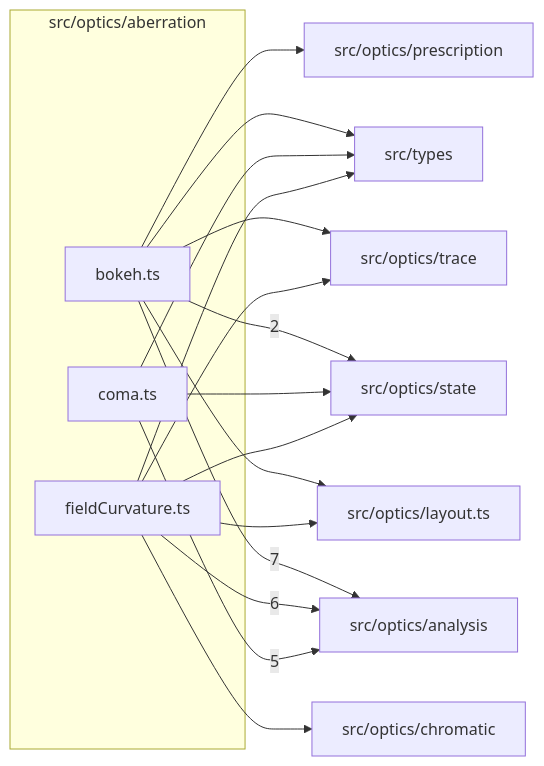
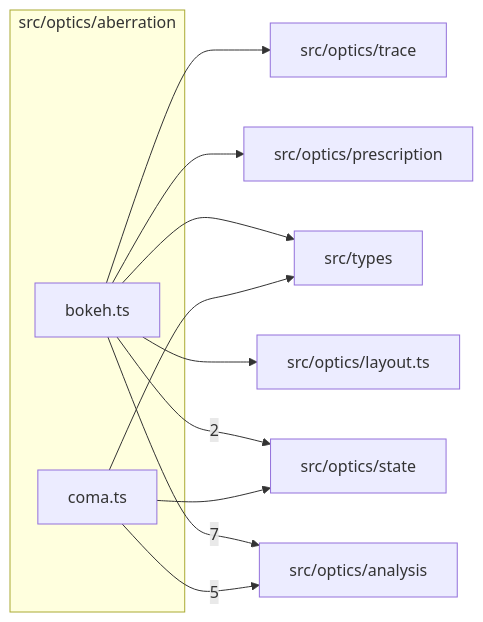
The diagram in src/optics/aberration/readme.md (ronbuening/LensVisualizer), drawn with Mermaid before and after one commit. The commit also changed other lines of this file and 43 other files, not shown here.

Commit message:
S7.P2.T3 Field curvature and astigmatism, including chromatic field curvature, on AnalysisRequest

````diff
--- a/src/optics/aberration/readme.md
+++ b/src/optics/aberration/readme.md
@@ -9,30 +9,22 @@
 ```mermaid
 flowchart LR
   subgraph n_src_optics_aberration["src/optics/aberration"]
     n_src_optics_aberration_src_optics_aberration_bokeh_ts["bokeh.ts"]
     n_src_optics_aberration_src_optics_aberration_coma_ts["coma.ts"]
-    n_src_optics_aberration_src_optics_aberration_fieldCurvature_ts["fieldCurvature.ts"]
   end
   n_external_src_optics_analysis["src/optics/analysis"]
   n_external_src_optics_state["src/optics/state"]
-  n_external_src_optics_chromatic["src/optics/chromatic"]
   n_external_src_optics_layout_ts["src/optics/layout.ts"]
   n_external_src_optics_prescription["src/optics/prescription"]
   n_external_src_optics_trace["src/optics/trace"]
   n_external_src_types["src/types"]
   n_src_optics_aberration_src_optics_aberration_bokeh_ts --> |7| n_external_src_optics_analysis
-  n_src_optics_aberration_src_optics_aberration_fieldCurvature_ts --> |6| n_external_src_optics_analysis
   n_src_optics_aberration_src_optics_aberration_coma_ts --> |5| n_external_src_optics_analysis
   n_src_optics_aberration_src_optics_aberration_bokeh_ts --> |2| n_external_src_optics_state
-  n_src_optics_aberration_src_optics_aberration_fieldCurvature_ts --> n_external_src_optics_chromatic
   n_src_optics_aberration_src_optics_aberration_bokeh_ts --> n_external_src_optics_layout_ts
-  n_src_optics_aberration_src_optics_aberration_fieldCurvature_ts --> n_external_src_optics_layout_ts
   n_src_optics_aberration_src_optics_aberration_bokeh_ts --> n_external_src_optics_prescription
   n_src_optics_aberration_src_optics_aberration_coma_ts --> n_external_src_optics_state
-  n_src_optics_aberration_src_optics_aberration_fieldCurvature_ts --> n_external_src_optics_state
   n_src_optics_aberration_src_optics_aberration_bokeh_ts --> n_external_src_optics_trace
-  n_src_optics_aberration_src_optics_aberration_fieldCurvature_ts --> n_external_src_optics_trace
   n_src_optics_aberration_src_optics_aberration_bokeh_ts --> n_external_src_types
   n_src_optics_aberration_src_optics_aberration_coma_ts --> n_external_src_types
-  n_src_optics_aberration_src_optics_aberration_fieldCurvature_ts --> n_external_src_types
 ```
````
